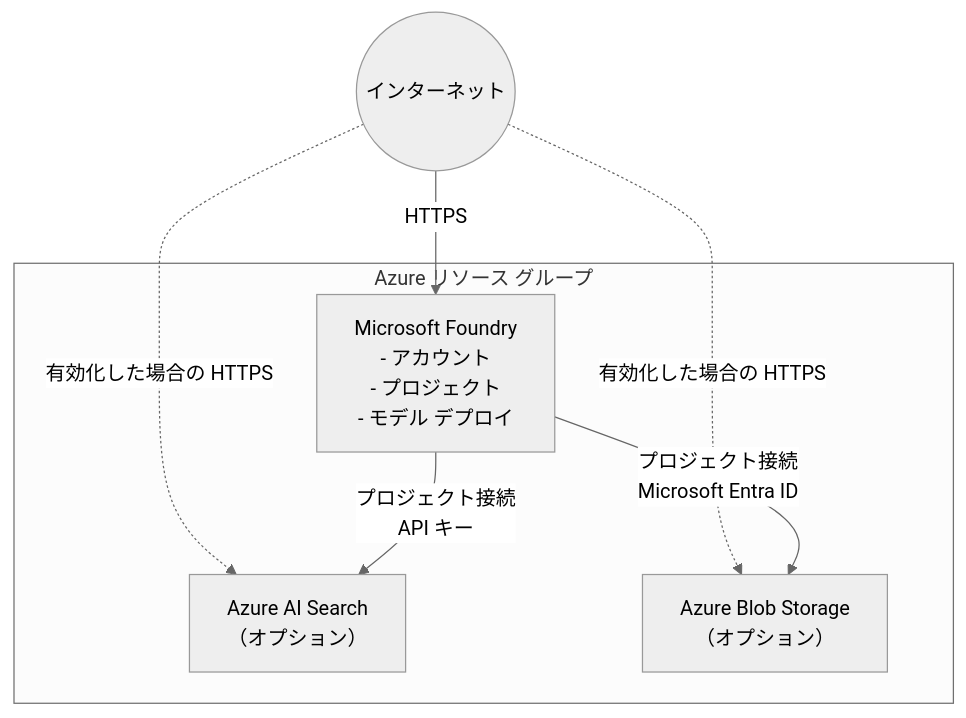
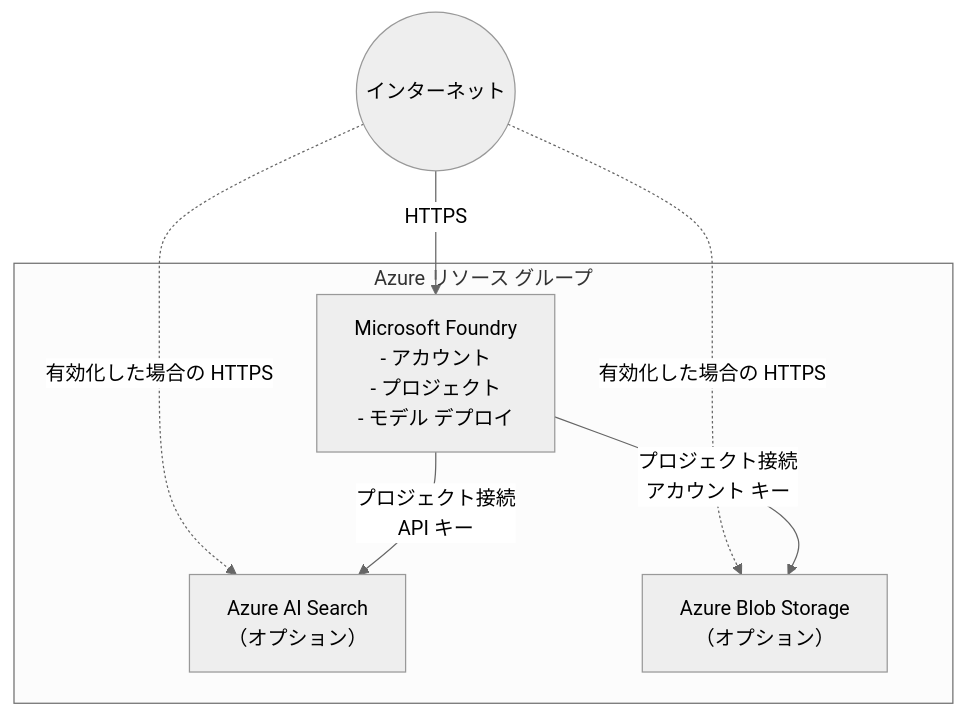
Before and after one commit to ks6088ts/template-terraform: the diagram in infra/scenarios/azure_microsoft_foundry/README.ja.md, drawn with Mermaid (neutral theme). The commit also changed other lines of this file and 4 other files, not shown here.

````diff
--- a/infra/scenarios/azure_microsoft_foundry/README.ja.md
+++ b/infra/scenarios/azure_microsoft_foundry/README.ja.md
@@ -13,16 +13,16 @@
 ```mermaid
 flowchart TB
     Internet((インターネット))
 
     subgraph Azure["Azure リソース グループ"]
         MF["Microsoft Foundry<br/>- アカウント<br/>- プロジェクト<br/>- モデル デプロイ"]
         Search["Azure AI Search<br/>（オプション）"]
         Storage["Azure Blob Storage<br/>（オプション）"]
     end
 
     Internet -->|HTTPS| MF
     Internet -.->|有効化した場合の HTTPS| Search
     Internet -.->|有効化した場合の HTTPS| Storage
     MF -->|プロジェクト接続<br/>API キー| Search
-    MF -->|プロジェクト接続<br/>Microsoft Entra ID| Storage
+    MF -->|プロジェクト接続<br/>アカウント キー| Storage
 ```
````
